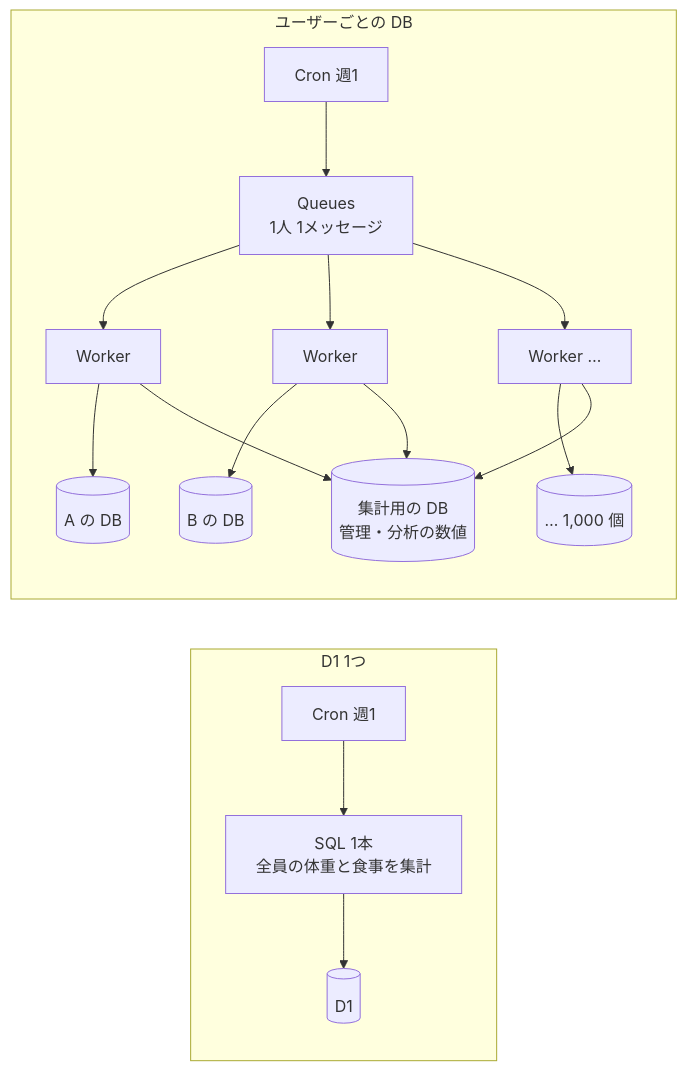
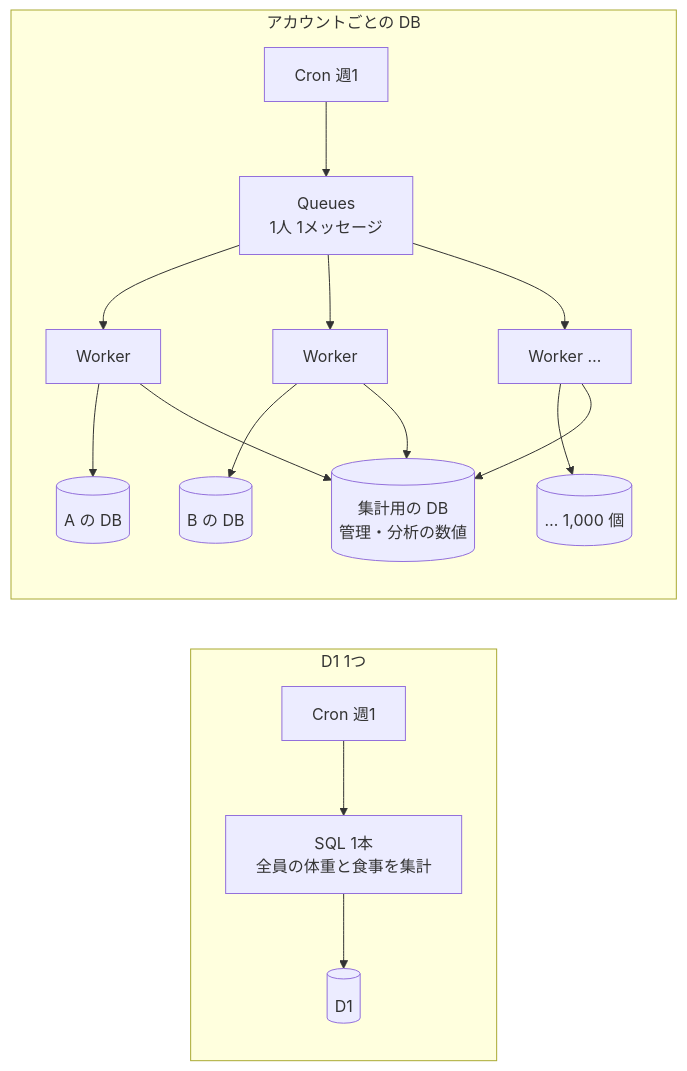
The fifth of 7 diagrams in docs/research/turso.md (gn-t-k/nu-tori), drawn with Mermaid before and after one commit. The commit also changed other lines of this file and 2 other files, not shown here.

````diff
--- a/docs/research/turso.md
+++ b/docs/research/turso.md
@@ -222,13 +222,13 @@
 ```mermaid
 flowchart LR
   subgraph D1case[D1 1つ]
     Cron1[Cron 週1] --> Q1["SQL 1本<br/>全員の体重と食事を集計"] --> DB1[(D1)]
   end
-  subgraph TursoCase[ユーザーごとの DB]
+  subgraph TursoCase[アカウントごとの DB]
     Cron2[Cron 週1] --> Queue[Queues<br/>1人 1メッセージ]
     Queue --> C1[Worker] --> U1[(A の DB)]
     Queue --> C2[Worker] --> U2[(B の DB)]
     Queue --> C3[Worker …] --> U3[(… 1,000 個)]
     C1 & C2 & C3 --> Agg[(集計用の DB<br/>管理・分析の数値)]
   end
 ```
````
